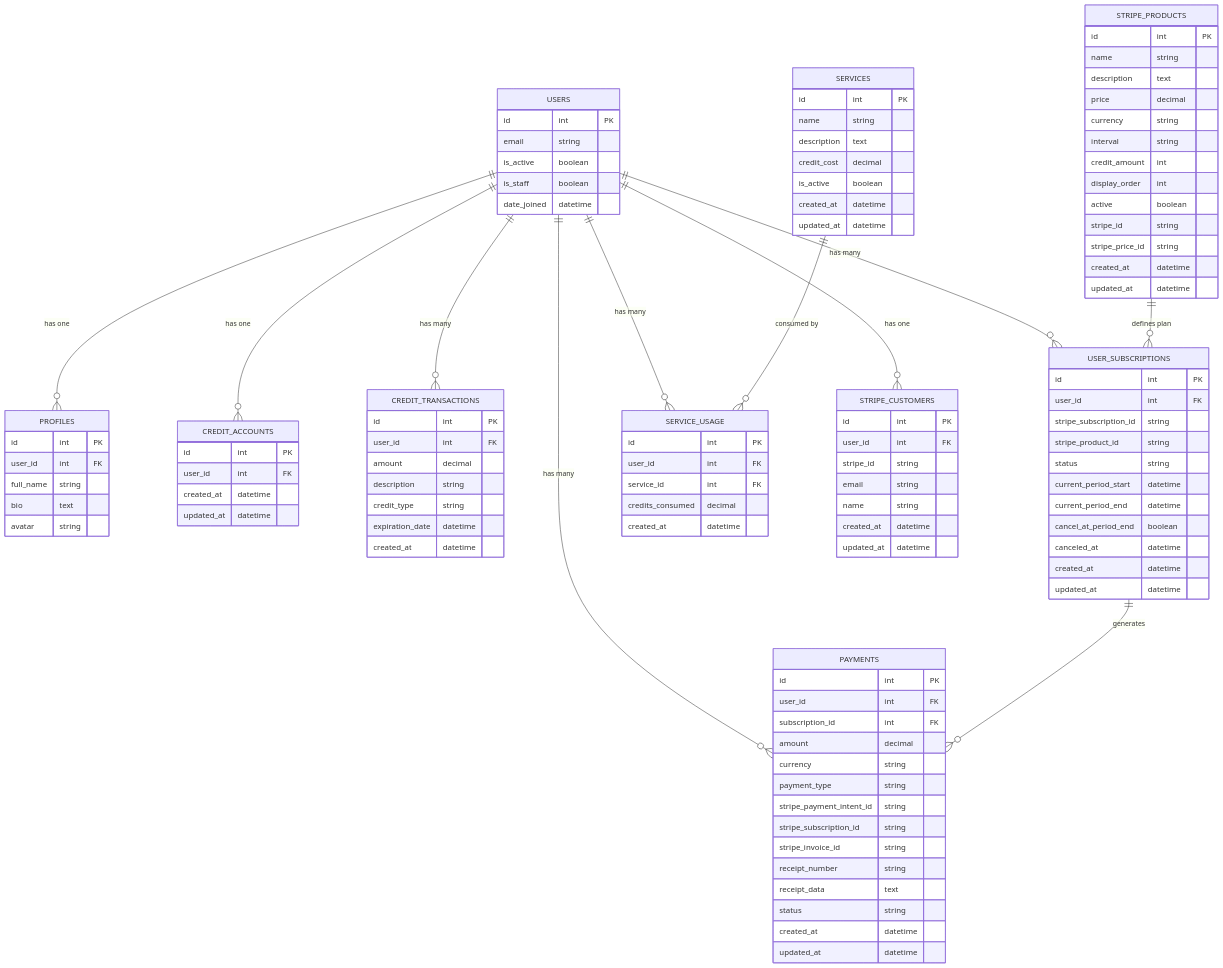
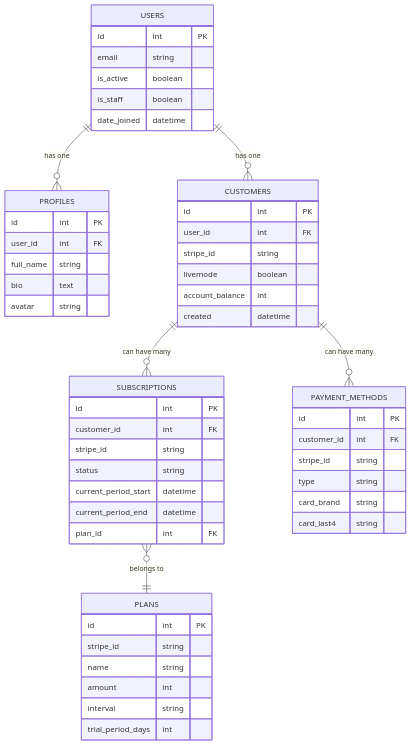
The sixth of 6 diagrams in TECHNICAL_DOCS.md (Experto-AI/quickscale), drawn with Mermaid before and after one commit. The commit also changed other lines of this file and 248 other files, not shown here.

````diff
--- a/TECHNICAL_DOCS.md
+++ b/TECHNICAL_DOCS.md
@@ -637,111 +570,48 @@
         avatar string
     }
     
-    %% Credit System Entities
-    CREDIT_ACCOUNTS {
+    CUSTOMERS {
         id int PK
         user_id int FK
-        created_at datetime
-        updated_at datetime
+        stripe_id string
+        livemode boolean
+        account_balance int
+        created datetime
     }
     
-    CREDIT_TRANSACTIONS {
+    %% Subscription related entities
+    SUBSCRIPTIONS {
         id int PK
-        user_id int FK
-        amount decimal
-        description string
-        credit_type string
-        expiration_date datetime
-        created_at datetime
-    }
-    
-    %% Subscription Management
-    USER_SUBSCRIPTIONS {
-        id int PK
-        user_id int FK
-        stripe_subscription_id string
-        stripe_product_id string
+        customer_id int FK
+        stripe_id string
         status string
         current_period_start datetime
         current_period_end datetime
-        cancel_at_period_end boolean
-        canceled_at datetime
-        created_at datetime
-        updated_at datetime
+        plan_id int FK
     }
     
-    %% Payment Processing
-    PAYMENTS {
+    PLANS {
         id int PK
-        user_id int FK
-        subscription_id int FK
-        amount decimal
-        currency string
-        payment_type string
-        stripe_payment_intent_id string
-        stripe_subscription_id string
-        stripe_invoice_id string
-        receipt_number string
-        receipt_data text
-        status string
-        created_at datetime
-        updated_at datetime
+        stripe_id string
+        name string
+        amount int
+        interval string
+        trial_period_days int
     }
     
-    SERVICES {
+    PAYMENT_METHODS {
         id int PK
-        name string
-        description text
-        credit_cost decimal
-        is_active boolean
-        created_at datetime
-        updated_at datetime
-    }
-    
-    SERVICE_USAGE {
-        id int PK
-        user_id int FK
-        service_id int FK
-        credits_consumed decimal
-        created_at datetime
-    }
-    
-    %% Stripe Integration Entities
-    STRIPE_CUSTOMERS {
-        id int PK
-        user_id int FK
+        customer_id int FK
         stripe_id string
-        email string
-        name string
-        created_at datetime
-        updated_at datetime
-    }
-    
-    STRIPE_PRODUCTS {
-        id int PK
-        name string
-        description text
-        price decimal
-        currency string
-        interval string
-        credit_amount int
-        display_order int
-        active boolean
-        stripe_id string
-        stripe_price_id string
-        created_at datetime
-        updated_at datetime
+        type string
+        card_brand string
+        card_last4 string
     }
     
     %% Entity relationships - arranged for better vertical flow
     USERS ||--o{ PROFILES : "has one"
-    USERS ||--o{ CREDIT_ACCOUNTS : "has one"
-    USERS ||--o{ CREDIT_TRANSACTIONS : "has many"
-    USERS ||--o{ USER_SUBSCRIPTIONS : "has many"
-    USERS ||--o{ PAYMENTS : "has many"
-    USERS ||--o{ SERVICE_USAGE : "has many"
-    USERS ||--o{ STRIPE_CUSTOMERS : "has one"
-    USER_SUBSCRIPTIONS ||--o{ PAYMENTS : "generates"
-    SERVICES ||--o{ SERVICE_USAGE : "consumed by"
-    STRIPE_PRODUCTS ||--o{ USER_SUBSCRIPTIONS : "defines plan"
+    USERS ||--o{ CUSTOMERS : "has one"
+    CUSTOMERS ||--o{ PAYMENT_METHODS : "can have many"
+    CUSTOMERS ||--o{ SUBSCRIPTIONS : "can have many"
+    SUBSCRIPTIONS }o--|| PLANS : "belongs to"
 ```
````
